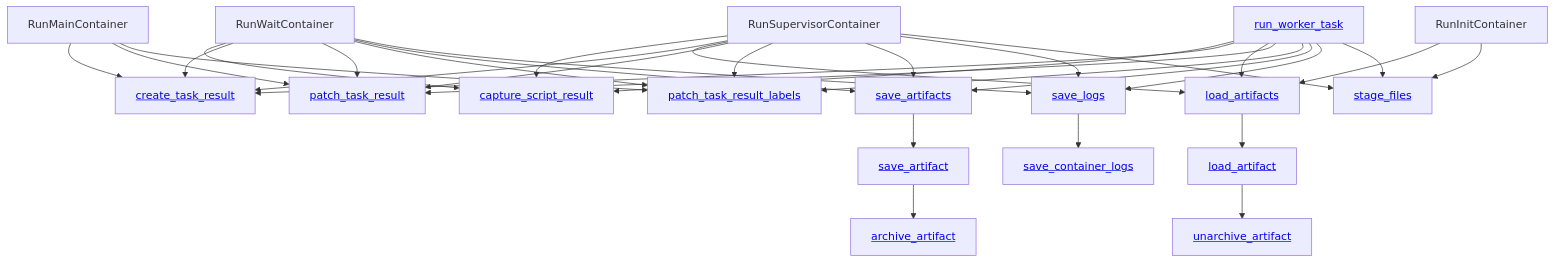
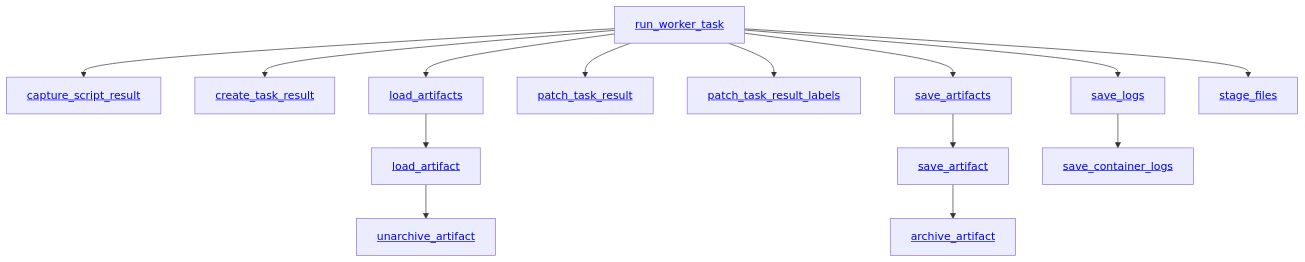
One commit to argoproj/argo-workflows changed the first of 3 diagrams in docs/tracing.md. Above: the diagram before and after it, drawn with Mermaid. The commit also changed other lines of this file and 3 other files, not shown here.

First line of the commit message:
docs(tracing): draw only a trace's own spans and reword RunWorkerTask

````diff
--- a/docs/tracing.md
+++ b/docs/tracing.md
@@ -27,49 +27,30 @@
 ```mermaid
 flowchart TD
     RunWorkerTask[<a href='#run_worker_task'>run_worker_task</a>]
     CaptureScriptResult[<a href='#capture_script_result'>capture_script_result</a>]
     CreateTaskResult[<a href='#create_task_result'>create_task_result</a>]
     LoadArtifacts[<a href='#load_artifacts'>load_artifacts</a>]
     PatchTaskResult[<a href='#patch_task_result'>patch_task_result</a>]
     PatchTaskResultLabels[<a href='#patch_task_result_labels'>patch_task_result_labels</a>]
     SaveArtifacts[<a href='#save_artifacts'>save_artifacts</a>]
     SaveLogs[<a href='#save_logs'>save_logs</a>]
     StageFiles[<a href='#stage_files'>stage_files</a>]
     LoadArtifact[<a href='#load_artifact'>load_artifact</a>]
     SaveArtifact[<a href='#save_artifact'>save_artifact</a>]
     SaveContainerLogs[<a href='#save_container_logs'>save_container_logs</a>]
     UnarchiveArtifact[<a href='#unarchive_artifact'>unarchive_artifact</a>]
     ArchiveArtifact[<a href='#archive_artifact'>archive_artifact</a>]
-    RunWaitContainer --> CaptureScriptResult
-    RunSupervisorContainer --> CaptureScriptResult
     RunWorkerTask --> CaptureScriptResult
-    RunWaitContainer --> CreateTaskResult
-    RunMainContainer --> CreateTaskResult
-    RunSupervisorContainer --> CreateTaskResult
     RunWorkerTask --> CreateTaskResult
-    RunInitContainer --> LoadArtifacts
-    RunSupervisorContainer --> LoadArtifacts
     RunWorkerTask --> LoadArtifacts
-    RunWaitContainer --> PatchTaskResult
-    RunMainContainer --> PatchTaskResult
-    RunSupervisorContainer --> PatchTaskResult
     RunWorkerTask --> PatchTaskResult
-    RunWaitContainer --> PatchTaskResultLabels
-    RunMainContainer --> PatchTaskResultLabels
-    RunSupervisorContainer --> PatchTaskResultLabels
     RunWorkerTask --> PatchTaskResultLabels
-    RunWaitContainer --> SaveArtifacts
-    RunSupervisorContainer --> SaveArtifacts
     RunWorkerTask --> SaveArtifacts
-    RunWaitContainer --> SaveLogs
-    RunSupervisorContainer --> SaveLogs
     RunWorkerTask --> SaveLogs
-    RunInitContainer --> StageFiles
-    RunSupervisorContainer --> StageFiles
     RunWorkerTask --> StageFiles
     LoadArtifacts --> LoadArtifact
     SaveArtifacts --> SaveArtifact
     SaveLogs --> SaveContainerLogs
     LoadArtifact --> UnarchiveArtifact
     SaveArtifact --> ArchiveArtifact
 ```
````
